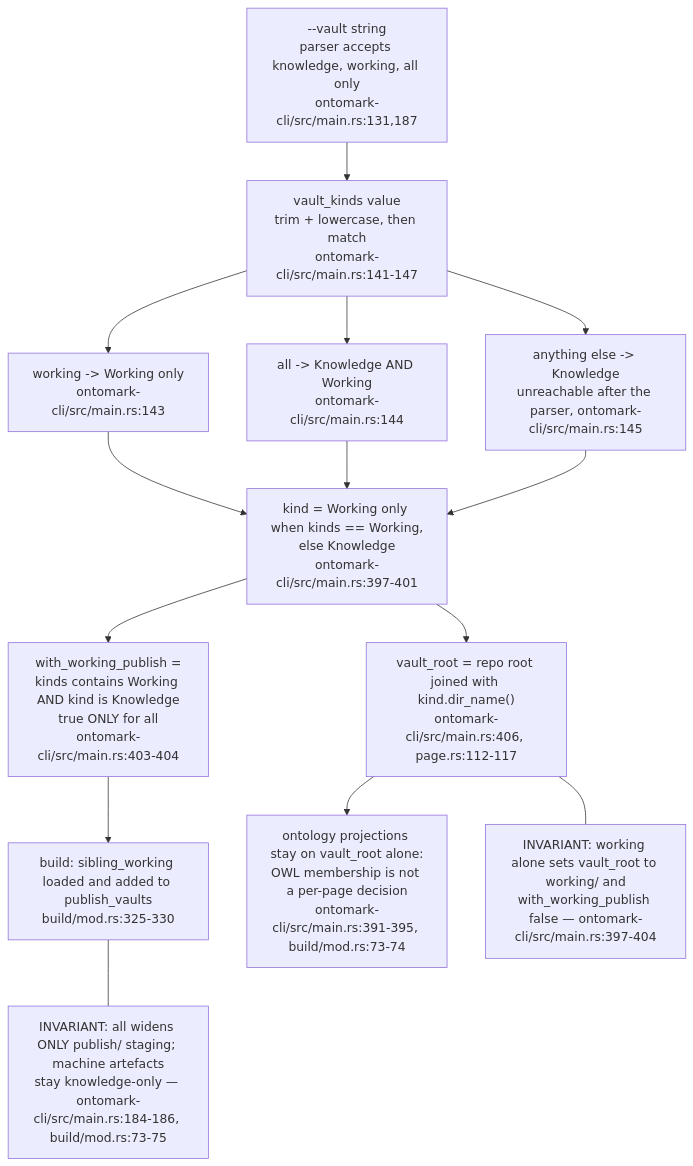
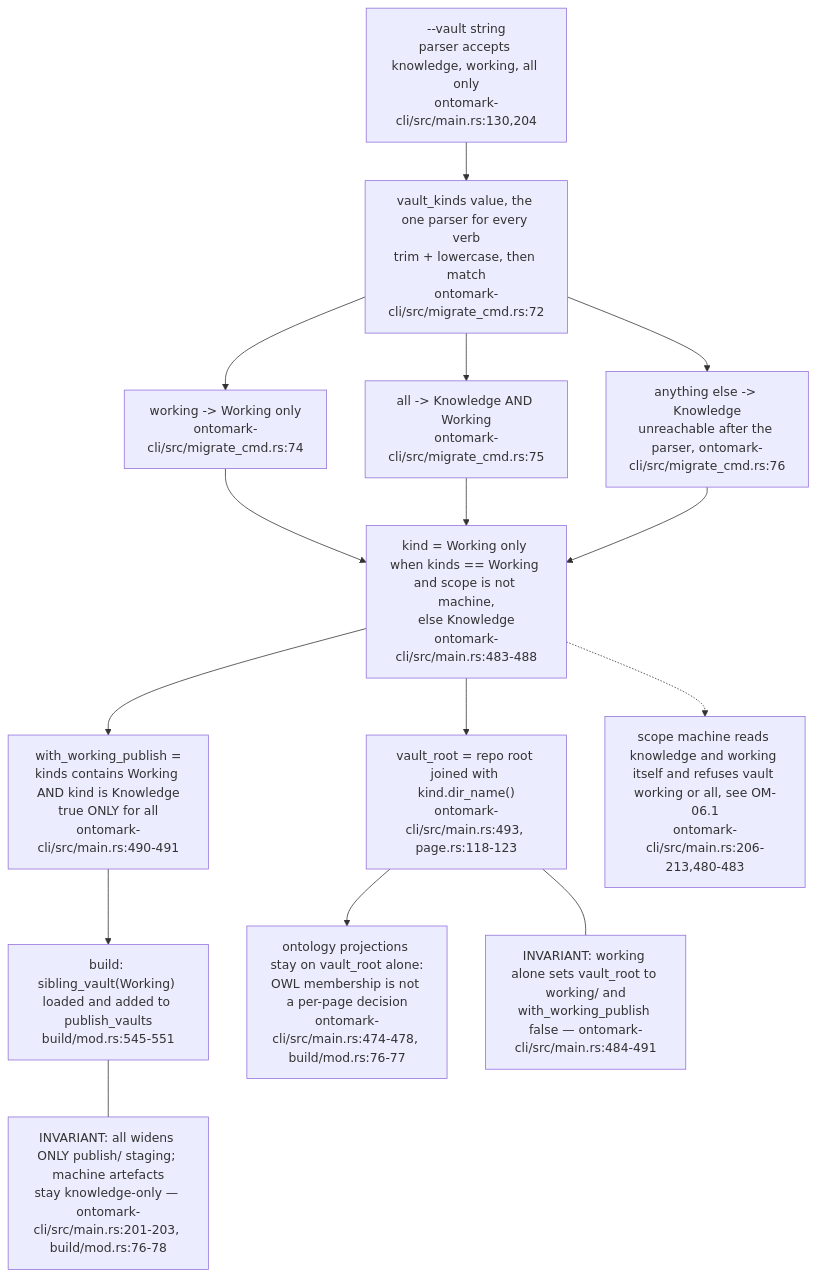
One commit to DreamLab-AI/VisionFlow changed the second of 6 diagrams in docs/diagrams/ontomark/05-cli-commands-vault-selector-and-exit-codes.md. Above: the diagram before and after it, drawn with Mermaid. The commit also changed other lines of this file and 10 other files, not shown here.

First line of the commit message:
docs(diagrams): re-stamp the ontomark corpus at ee9e04a; OM-06 machine scope and ingest contract

````diff
--- a/docs/diagrams/ontomark/05-cli-commands-vault-selector-and-exit-codes.md
+++ b/docs/diagrams/ontomark/05-cli-commands-vault-selector-and-exit-codes.md
@@ -59,28 +59,30 @@
 ```mermaid
 flowchart TD
-    FLAG["--vault string<br/>parser accepts knowledge, working, all only<br/>ontomark-cli/src/main.rs:131,187"]
-    VK["vault_kinds value<br/>trim + lowercase, then match<br/>ontomark-cli/src/main.rs:141-147"]
-    W["working -> Working only<br/>ontomark-cli/src/main.rs:143"]
-    A["all -> Knowledge AND Working<br/>ontomark-cli/src/main.rs:144"]
-    K["anything else -> Knowledge<br/>unreachable after the parser, ontomark-cli/src/main.rs:145"]
-    KIND["kind = Working only when kinds == Working,<br/>else Knowledge<br/>ontomark-cli/src/main.rs:397-401"]
-    ROOT["vault_root = repo root joined with kind.dir_name()<br/>ontomark-cli/src/main.rs:406, page.rs:112-117"]
-    WWP["with_working_publish =<br/>kinds contains Working AND kind is Knowledge<br/>true ONLY for all<br/>ontomark-cli/src/main.rs:403-404"]
-    PUB["build: sibling_working loaded and added to publish_vaults<br/>build/mod.rs:325-330"]
-    ART["ontology projections stay on vault_root alone:<br/>OWL membership is not a per-page decision<br/>ontomark-cli/src/main.rs:391-395, build/mod.rs:73-74"]
+    FLAG["--vault string<br/>parser accepts knowledge, working, all only<br/>ontomark-cli/src/main.rs:130,204"]
+    VK["vault_kinds value, the one parser for every verb<br/>trim + lowercase, then match<br/>ontomark-cli/src/migrate_cmd.rs:72"]
+    W["working -> Working only<br/>ontomark-cli/src/migrate_cmd.rs:74"]
+    A["all -> Knowledge AND Working<br/>ontomark-cli/src/migrate_cmd.rs:75"]
+    K["anything else -> Knowledge<br/>unreachable after the parser, ontomark-cli/src/migrate_cmd.rs:76"]
+    KIND["kind = Working only when kinds == Working and scope is not machine,<br/>else Knowledge<br/>ontomark-cli/src/main.rs:483-488"]
+    ROOT["vault_root = repo root joined with kind.dir_name()<br/>ontomark-cli/src/main.rs:493, page.rs:118-123"]
+    WWP["with_working_publish =<br/>kinds contains Working AND kind is Knowledge<br/>true ONLY for all<br/>ontomark-cli/src/main.rs:490-491"]
+    PUB["build: sibling_vault(Working) loaded and added to publish_vaults<br/>build/mod.rs:545-551"]
+    MS["scope machine reads knowledge and working itself and refuses vault working or all, see OM-06.1<br/>ontomark-cli/src/main.rs:206-213,480-483"]
+    ART["ontology projections stay on vault_root alone:<br/>OWL membership is not a per-page decision<br/>ontomark-cli/src/main.rs:474-478, build/mod.rs:76-77"]
     FLAG --> VK
     VK --> W
     VK --> A
     VK --> K
     W --> KIND
     A --> KIND
     K --> KIND
     KIND --> ROOT
     KIND --> WWP
     WWP --> PUB
     ROOT --> ART
-    n1["INVARIANT: all widens ONLY publish/ staging; machine artefacts<br/>stay knowledge-only — ontomark-cli/src/main.rs:184-186, build/mod.rs:73-75"]
-    n2["INVARIANT: working alone sets vault_root to working/ and<br/>with_working_publish false — ontomark-cli/src/main.rs:397-404"]
+    n1["INVARIANT: all widens ONLY publish/ staging; machine artefacts<br/>stay knowledge-only — ontomark-cli/src/main.rs:201-203, build/mod.rs:76-78"]
+    n2["INVARIANT: working alone sets vault_root to working/ and<br/>with_working_publish false — ontomark-cli/src/main.rs:484-491"]
     PUB --- n1
     ROOT --- n2
+    KIND -.-> MS
 ```
````
